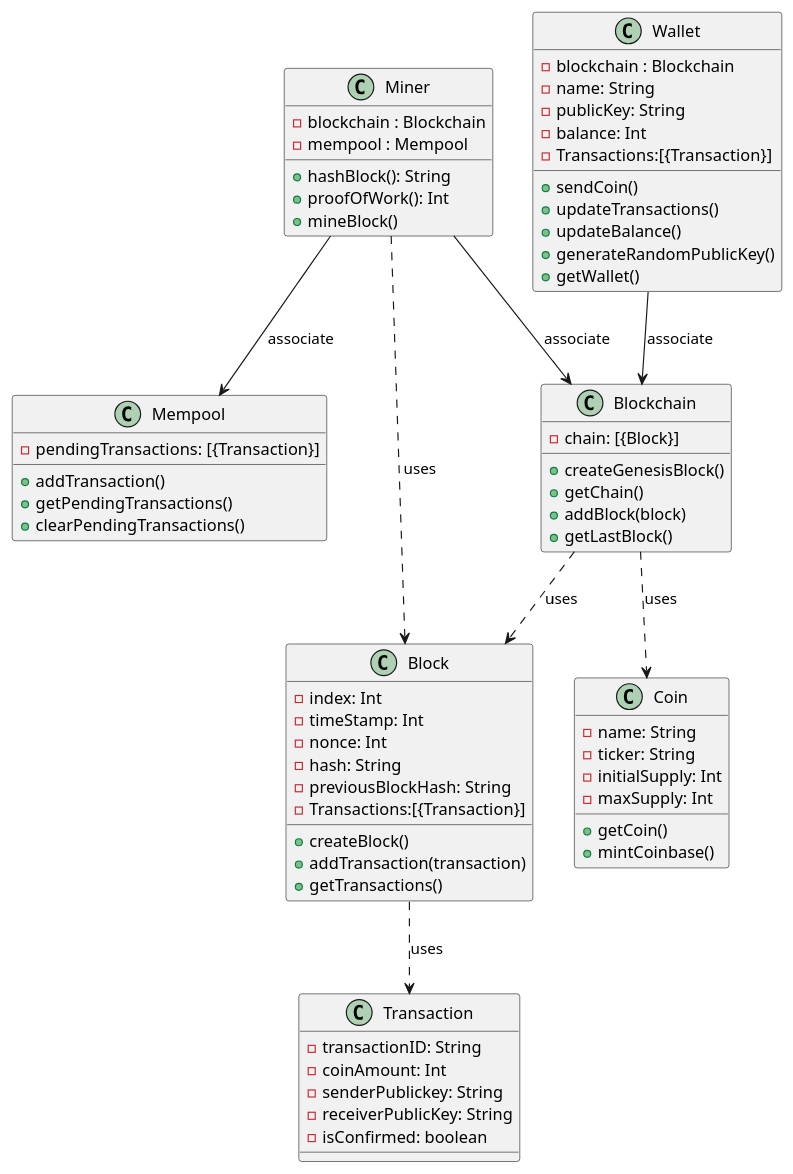
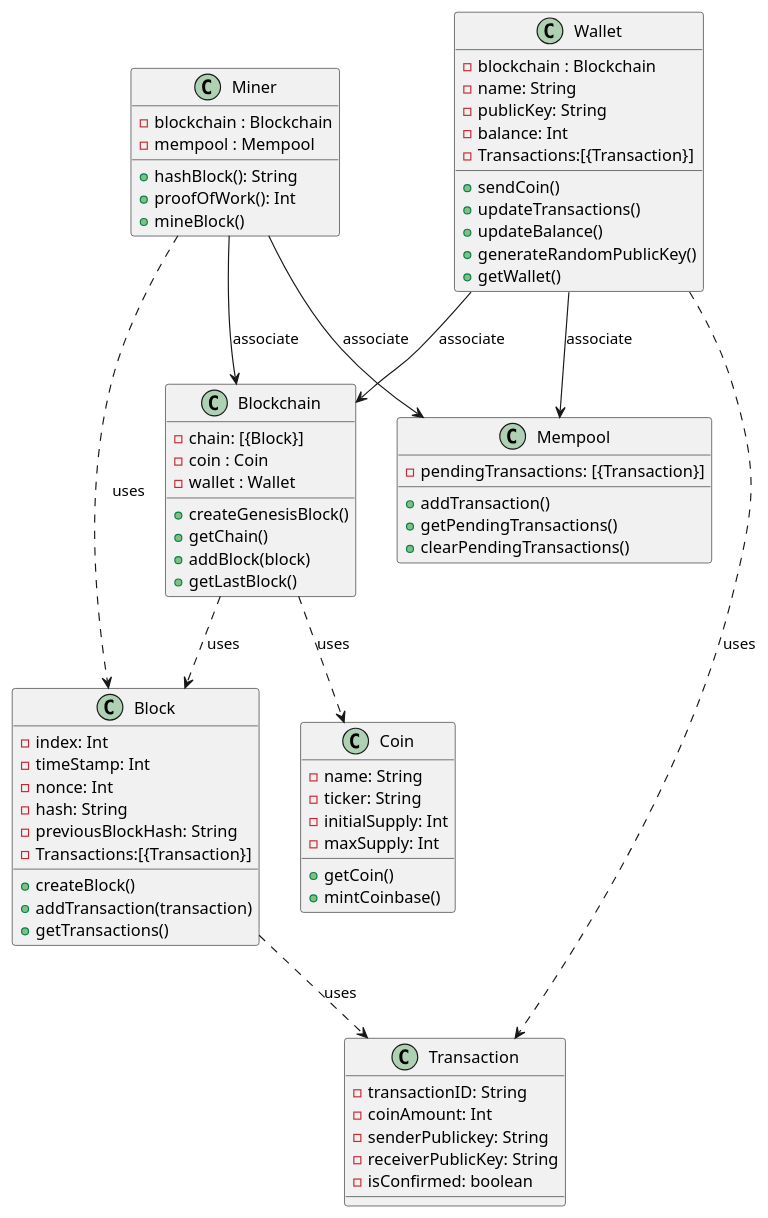
One commit to valleria-web/prototype changed the diagram in prototipov1.plantuml. Above: the diagram before and after it, drawn with PlantUML. The commit also changed 3 other files, not shown here.

```diff
--- a/prototipov1.plantuml
+++ b/prototipov1.plantuml
@@ -1,78 +1,82 @@
 @startuml prototipov1
 
 class Blockchain{
     - chain: [{Block}]
+    - coin : Coin
+    - wallet : Wallet
     + createGenesisBlock()
     + getChain()
     + addBlock(block)
     + getLastBlock()
 }
 
 class Miner {
     - blockchain : Blockchain
     - mempool : Mempool
     + hashBlock(): String
     + proofOfWork(): Int
     + mineBlock()
 }
 
 class Mempool{
     - pendingTransactions: [{Transaction}]
     + addTransaction()
     + getPendingTransactions()
     + clearPendingTransactions()
 
 }
 
 class Block{
     - index: Int 
     - timeStamp: Int 
     - nonce: Int
     - hash: String 
     - previousBlockHash: String
     - Transactions:[{Transaction}]
     + createBlock()
     + addTransaction(transaction)
     + getTransactions()
 }
 
 class Transaction{
     - transactionID: String 
     - coinAmount: Int 
     - senderPublickey: String
     - receiverPublicKey: String
     - isConfirmed: boolean
 }
 
 class Wallet{
     - blockchain : Blockchain
     - name: String
     - publicKey: String
     - balance: Int
     - Transactions:[{Transaction}]
     + sendCoin()
     + updateTransactions()
     + updateBalance()
     + generateRandomPublicKey()
     + getWallet()
 
 }
 
 class Coin{
     - name: String
     - ticker: String 
     - initialSupply: Int
     - maxSupply: Int
     + getCoin()
     + mintCoinbase()
 }
 
+Blockchain ..> Block : uses
+Blockchain ..> Coin : uses
 Miner ..> Block : uses
 Miner --> Blockchain : associate
 Miner --> Mempool : associate
 Wallet --> Blockchain : associate
-Blockchain ..> Block : uses
-Blockchain ..> Coin : uses
+Wallet --> Mempool : associate
+Wallet ..> Transaction : uses
 Block ..> Transaction : uses
 
 @enduml
```
